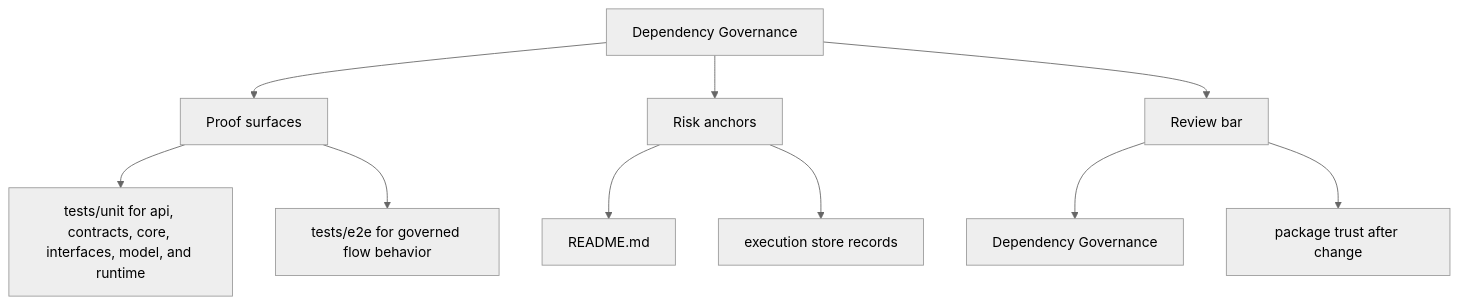
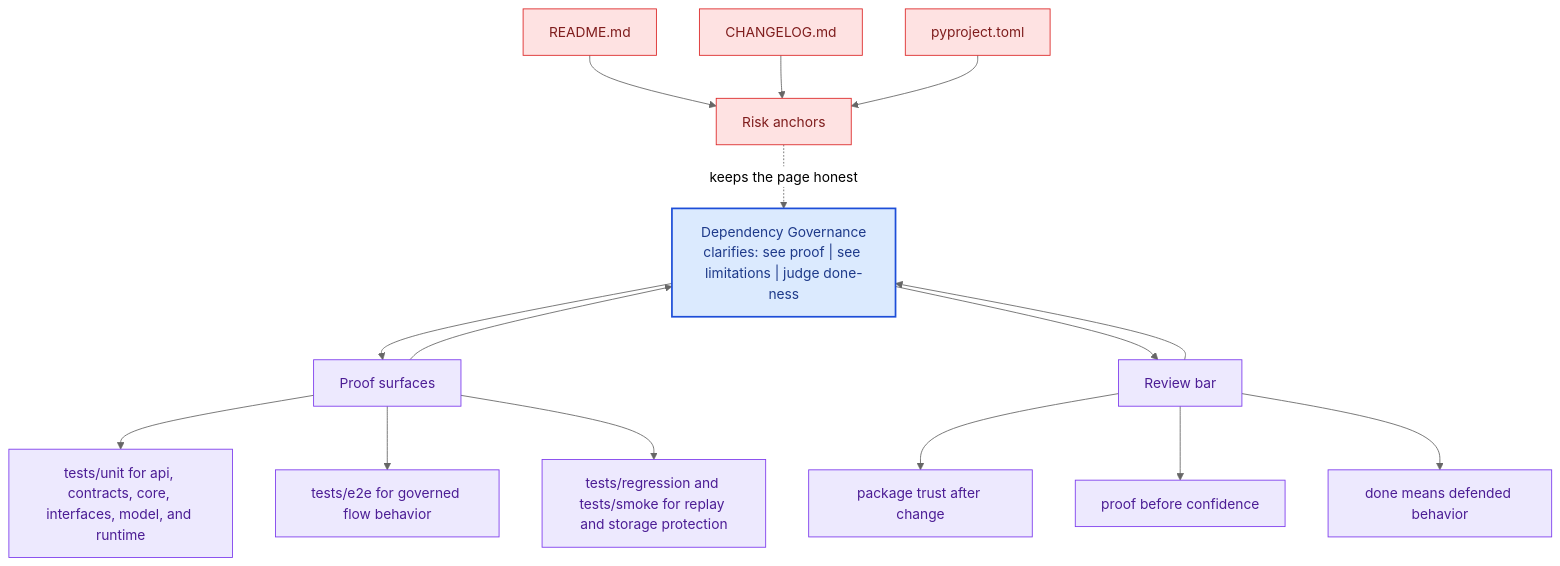
The second of 2 diagrams in docs/bijux-canon-runtime/quality/dependency-governance.md (bijux/bijux-canon), drawn with Mermaid (neutral theme) before and after one commit. The commit also changed other lines of this file and 281 other files, not shown here.

Commit message:
docs(diagrams): deepen handbook mermaid maps across the catalog

````diff
--- a/docs/bijux-canon-runtime/quality/dependency-governance.md
+++ b/docs/bijux-canon-runtime/quality/dependency-governance.md
@@ -35,22 +68,41 @@
 ```mermaid
-flowchart TD
-    page["Dependency Governance"]
+flowchart TB
+    promise["Dependency Governance<br/>clarifies: see proof | see limitations | judge done-ness"]
+    classDef promise fill:#dbeafe,stroke:#1d4ed8,color:#1e3a8a,stroke-width:2px;
+    classDef driver fill:#dcfce7,stroke:#16a34a,color:#14532d;
+    classDef constraint fill:#fee2e2,stroke:#dc2626,color:#7f1d1d;
+    classDef ground fill:#ede9fe,stroke:#7c3aed,color:#4c1d95;
     focus1["Proof surfaces"]
-    page --> focus1
+    focus1 --> promise
+    promise --> focus1
     focus1_1["tests/unit for api, contracts, core, interfaces, model, and runtime"]
     focus1 --> focus1_1
     focus1_2["tests/e2e for governed flow behavior"]
     focus1 --> focus1_2
+    focus1_3["tests/regression and tests/smoke for replay and storage protection"]
+    focus1 --> focus1_3
+    class focus1 ground;
+    class focus1_1,focus1_2,focus1_3 ground;
     focus2["Risk anchors"]
-    page --> focus2
+    focus2 -.keeps the page honest.-> promise
     focus2_1["README.md"]
-    focus2 --> focus2_1
-    focus2_2["execution store records"]
-    focus2 --> focus2_2
+    focus2_1 --> focus2
+    focus2_2["CHANGELOG.md"]
+    focus2_2 --> focus2
+    focus2_3["pyproject.toml"]
+    focus2_3 --> focus2
+    class focus2 constraint;
+    class focus2_1,focus2_2,focus2_3 constraint;
     focus3["Review bar"]
-    page --> focus3
-    focus3_1["Dependency Governance"]
+    focus3 --> promise
+    promise --> focus3
+    focus3_1["package trust after change"]
     focus3 --> focus3_1
-    focus3_2["package trust after change"]
+    focus3_2["proof before confidence"]
     focus3 --> focus3_2
+    focus3_3["done means defended behavior"]
+    focus3 --> focus3_3
+    class focus3 ground;
+    class focus3_1,focus3_2,focus3_3 ground;
+    class promise promise;
 ```
````
